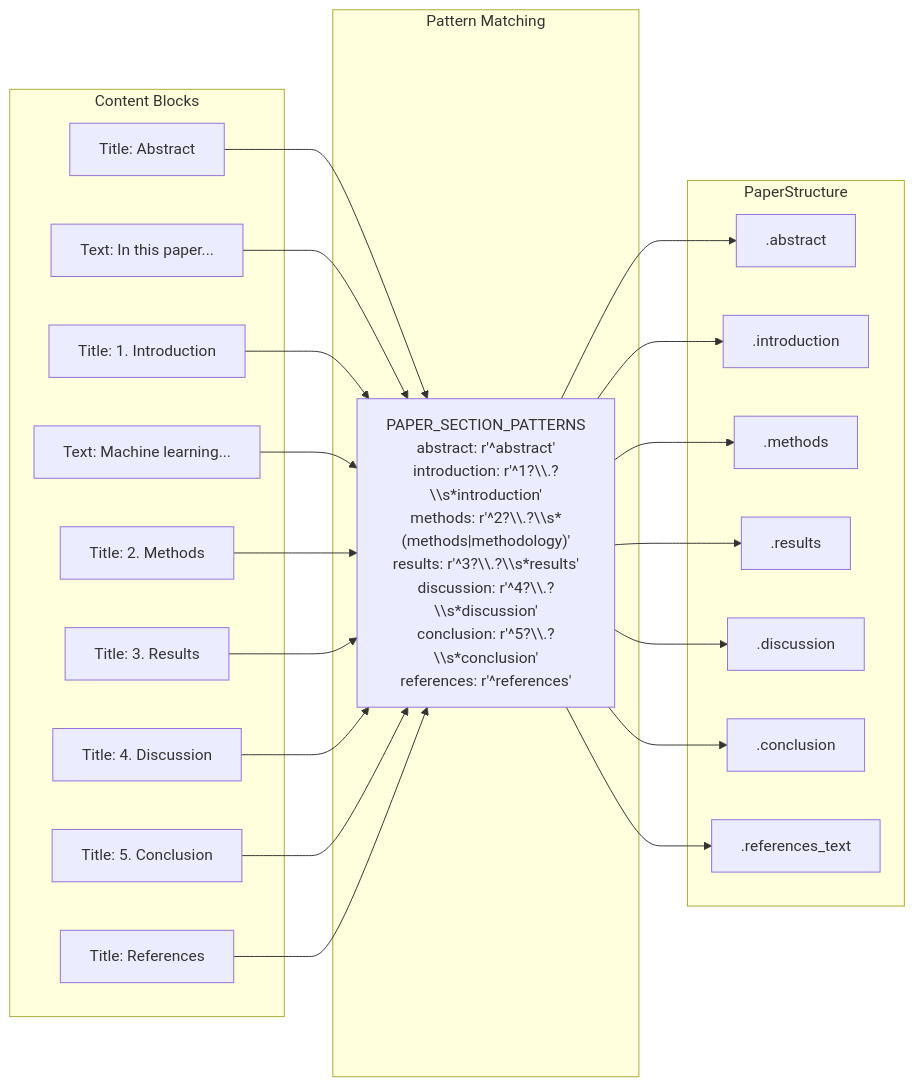
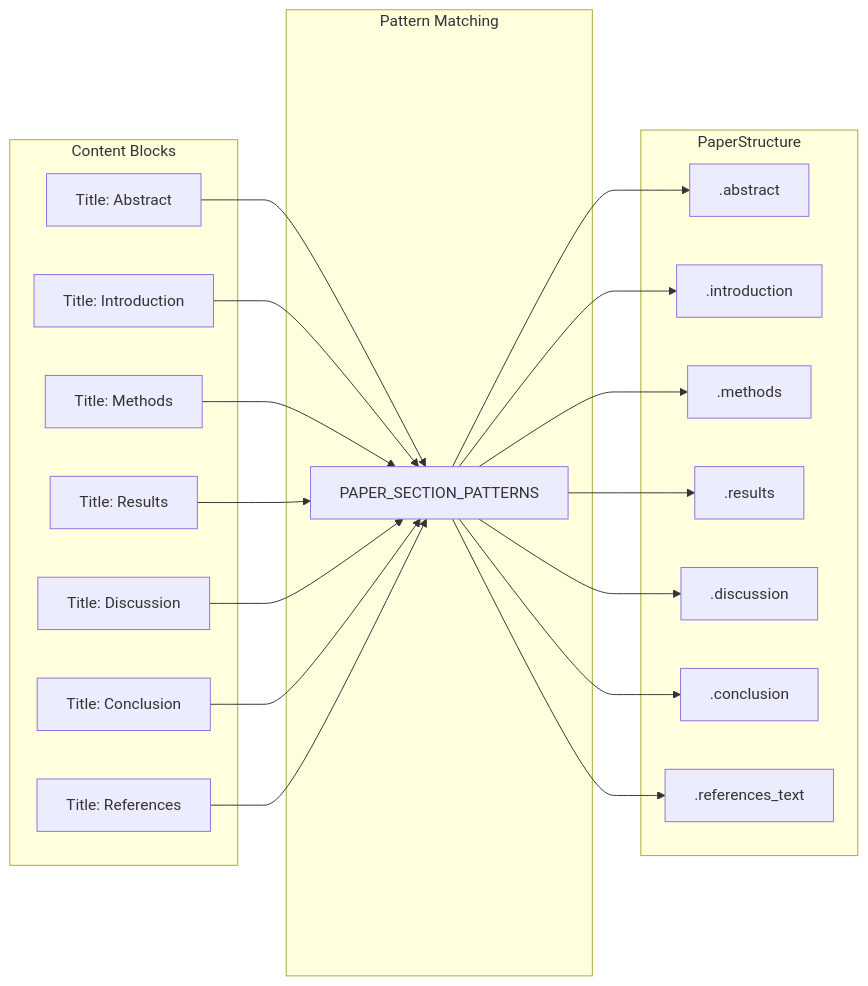
Before and after one commit to SteadfastAsArt/paper-ladder: the sixth of 15 diagrams in docs/ARCHITECTURE.md, drawn with Mermaid. The commit also changed other lines of this file, not shown here.

Commit message:
Fix Mermaid syntax for GitHub compatibility

````diff
--- a/docs/ARCHITECTURE.md
+++ b/docs/ARCHITECTURE.md
@@ -363,38 +362,29 @@
 ```mermaid
 flowchart LR
-    subgraph "Content Blocks"
-        B1["Title: Abstract"]
-        B2["Text: In this paper..."]
-        B3["Title: 1. Introduction"]
-        B4["Text: Machine learning..."]
-        B5["Title: 2. Methods"]
-        B6["Title: 3. Results"]
-        B7["Title: 4. Discussion"]
-        B8["Title: 5. Conclusion"]
-        B9["Title: References"]
+    subgraph Blocks[Content Blocks]
+        B1[Title: Abstract]
+        B2[Title: Introduction]
+        B3[Title: Methods]
+        B4[Title: Results]
+        B5[Title: Discussion]
+        B6[Title: Conclusion]
+        B7[Title: References]
     end
 
-    subgraph "Pattern Matching"
-        PM["PAPER_SECTION_PATTERNS<br/>abstract: r'^abstract'<br/>introduction: r'^1?\\.?\\s*introduction'<br/>methods: r'^2?\\.?\\s*(methods|methodology)'<br/>results: r'^3?\\.?\\s*results'<br/>discussion: r'^4?\\.?\\s*discussion'<br/>conclusion: r'^5?\\.?\\s*conclusion'<br/>references: r'^references'"]
+    subgraph Patterns[Pattern Matching]
+        PM[PAPER_SECTION_PATTERNS]
     end
 
-    subgraph "PaperStructure"
-        PS_ABS[".abstract"]
-        PS_INT[".introduction"]
-        PS_MET[".methods"]
-        PS_RES[".results"]
-        PS_DIS[".discussion"]
-        PS_CON[".conclusion"]
-        PS_REF[".references_text"]
+    subgraph Structure[PaperStructure]
+        PS_ABS[.abstract]
+        PS_INT[.introduction]
+        PS_MET[.methods]
+        PS_RES[.results]
+        PS_DIS[.discussion]
+        PS_CON[.conclusion]
+        PS_REF[.references_text]
     end
 
-    B1 & B2 --> PM
-    B3 & B4 --> PM
-    B5 --> PM
-    B6 --> PM
-    B7 --> PM
-    B8 --> PM
-    B9 --> PM
-
+    B1 & B2 & B3 & B4 & B5 & B6 & B7 --> PM
     PM --> PS_ABS & PS_INT & PS_MET & PS_RES & PS_DIS & PS_CON & PS_REF
 ```
````
